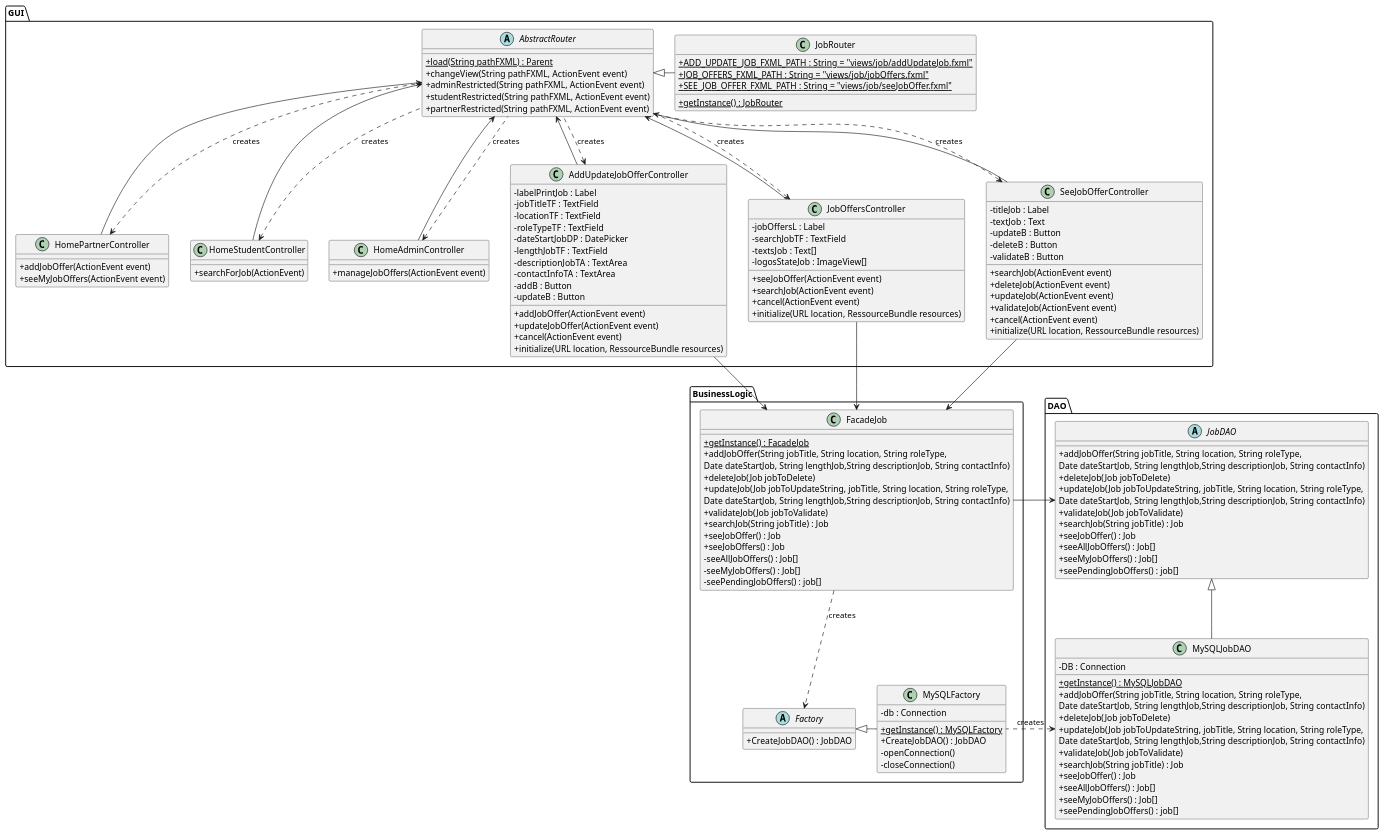
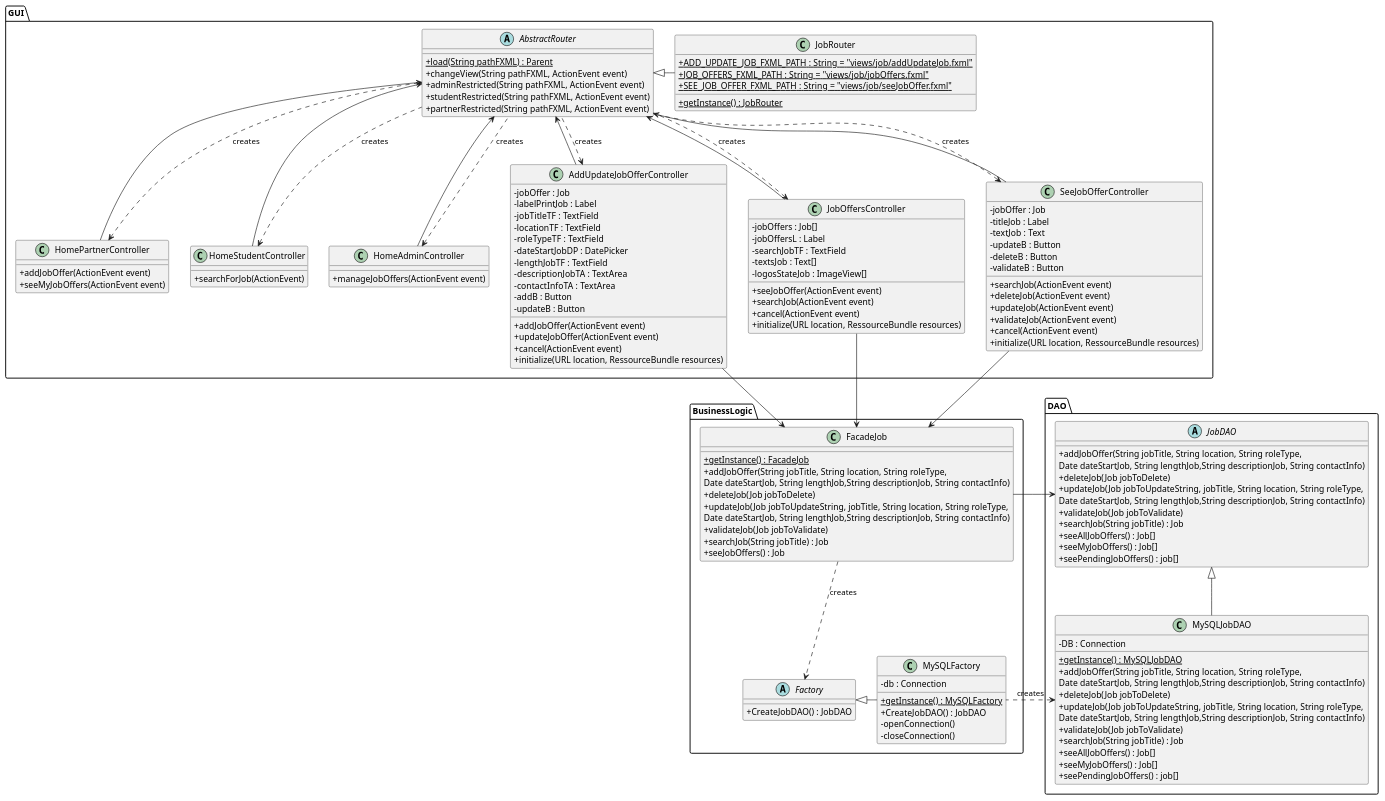
The diagram in project_diagrams/classDiagrams/jobManagement.puml (guiguie34/StudEasy), drawn with PlantUML before and after one commit. The commit also changed 2 other files, not shown here.

Commit message:
Fix : class diagrams

```diff
--- a/project_diagrams/classDiagrams/jobManagement.puml
+++ b/project_diagrams/classDiagrams/jobManagement.puml
@@ -1,169 +1,166 @@
 @startuml
 skinparam classAttributeIconSize 0
 
 package GUI{
     abstract class AbstractRouter{
         + {static} load(String pathFXML) : Parent
         + changeView(String pathFXML, ActionEvent event)
         + adminRestricted(String pathFXML, ActionEvent event)
         + studentRestricted(String pathFXML, ActionEvent event)
         + partnerRestricted(String pathFXML, ActionEvent event)
     }
 
     class JobRouter{
         + {static} ADD_UPDATE_JOB_FXML_PATH : String = "views/job/addUpdateJob.fxml"
         + {static} JOB_OFFERS_FXML_PATH : String = "views/job/jobOffers.fxml"
         + {static} SEE_JOB_OFFER_FXML_PATH : String = "views/job/seeJobOffer.fxml"
         + {static} getInstance() : JobRouter
     }
 
     class HomePartnerController{
         + addJobOffer(ActionEvent event)
         + seeMyJobOffers(ActionEvent event)
     }
 
     class HomeStudentController{
         + searchForJob(ActionEvent)
     }
 
     class HomeAdminController{
         + manageJobOffers(ActionEvent event)
     }
 
     class AddUpdateJobOfferController{
+        - jobOffer : Job
         - labelPrintJob : Label
         - jobTitleTF : TextField
         - locationTF : TextField
         - roleTypeTF : TextField
         - dateStartJobDP : DatePicker
         - lengthJobTF : TextField
         - descriptionJobTA : TextArea
         - contactInfoTA : TextArea
         - addB : Button
         - updateB : Button
         + addJobOffer(ActionEvent event)
         + updateJobOffer(ActionEvent event)
         + cancel(ActionEvent event)
         + initialize(URL location, RessourceBundle resources)
     }
 
     class JobOffersController{
+        - jobOffers : Job[]
         - jobOffersL : Label
         - searchJobTF : TextField
         - textsJob : Text[]
         - logosStateJob : ImageView[]
         + seeJobOffer(ActionEvent event)
         + searchJob(ActionEvent event)
         + cancel(ActionEvent event)
         + initialize(URL location, RessourceBundle resources)
     }
 
     class SeeJobOfferController{
+        - jobOffer : Job
         - titleJob : Label
         - textJob : Text
         - updateB : Button
         - deleteB : Button
         - validateB : Button
         + searchJob(ActionEvent event)
         + deleteJob(ActionEvent event)
         + updateJob(ActionEvent event)
         + validateJob(ActionEvent event)
         + cancel(ActionEvent event)
         + initialize(URL location, RessourceBundle resources)
     }
 
         AbstractRouter <|-right- JobRouter
 
         AbstractRouter <-- HomePartnerController
         AbstractRouter <-- HomeStudentController
         AbstractRouter <-- HomeAdminController
         AbstractRouter <-- AddUpdateJobOfferController
         AbstractRouter <-- JobOffersController
         AbstractRouter <-- SeeJobOfferController
 
         HomePartnerController <.. AbstractRouter : creates
         HomeStudentController <.. AbstractRouter : creates
         HomeAdminController <.. AbstractRouter : creates
         AddUpdateJobOfferController <.. AbstractRouter : creates
         JobOffersController <.. AbstractRouter : creates
         SeeJobOfferController <.. AbstractRouter : creates
 }
 
 package BusinessLogic{
 
     class FacadeJob{
         + {static} getInstance() : FacadeJob
         + addJobOffer(String jobTitle, String location, String roleType,
          Date dateStartJob, String lengthJob,String descriptionJob, String contactInfo)
         + deleteJob(Job jobToDelete)
         + updateJob(Job jobToUpdateString, jobTitle, String location, String roleType,
           Date dateStartJob, String lengthJob,String descriptionJob, String contactInfo)
         + validateJob(Job jobToValidate)
         + searchJob(String jobTitle) : Job
-        + seeJobOffer() : Job
         + seeJobOffers() : Job
-        - seeAllJobOffers() : Job[]
-        - seeMyJobOffers() : Job[]
-        - seePendingJobOffers() : job[]
     }
 
     abstract class Factory{
         + CreateJobDAO() : JobDAO
     }
 
     class MySQLFactory{
         - db : Connection
         + {static} getInstance() : MySQLFactory
         + CreateJobDAO() : JobDAO
         - openConnection()
         - closeConnection()
     }
 
 
     AddUpdateJobOfferController --> FacadeJob
     JobOffersController --> FacadeJob
     SeeJobOfferController --> FacadeJob
 
     FacadeJob ..> Factory  : creates
     MySQLFactory -left-|> Factory
 }
 
 package DAO{
 
     abstract class JobDAO{
         + addJobOffer(String jobTitle, String location, String roleType,
          Date dateStartJob, String lengthJob,String descriptionJob, String contactInfo)
         + deleteJob(Job jobToDelete)
         + updateJob(Job jobToUpdateString, jobTitle, String location, String roleType,
           Date dateStartJob, String lengthJob,String descriptionJob, String contactInfo)
         + validateJob(Job jobToValidate)
         + searchJob(String jobTitle) : Job
-        + seeJobOffer() : Job
         + seeAllJobOffers() : Job[]
         + seeMyJobOffers() : Job[]
         + seePendingJobOffers() : job[]
     }
 
     class MySQLJobDAO{
         - DB : Connection
         + {static} getInstance() : MySQLJobDAO
         + addJobOffer(String jobTitle, String location, String roleType,
          Date dateStartJob, String lengthJob,String descriptionJob, String contactInfo)
         + deleteJob(Job jobToDelete)
         + updateJob(Job jobToUpdateString, jobTitle, String location, String roleType,
           Date dateStartJob, String lengthJob,String descriptionJob, String contactInfo)
         + validateJob(Job jobToValidate)
         + searchJob(String jobTitle) : Job
-        + seeJobOffer() : Job
         + seeAllJobOffers() : Job[]
         + seeMyJobOffers() : Job[]
         + seePendingJobOffers() : job[]
     }
 
     MySQLJobDAO -up-|> JobDAO
     JobDAO <-right- FacadeJob
 
     MySQLJobDAO <.right. MySQLFactory : creates
 }
 
 @enduml
```
